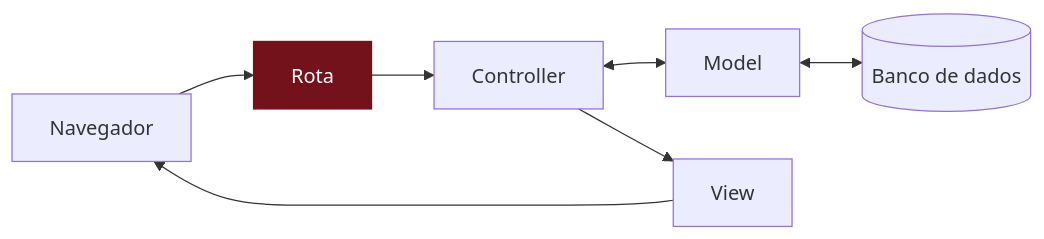
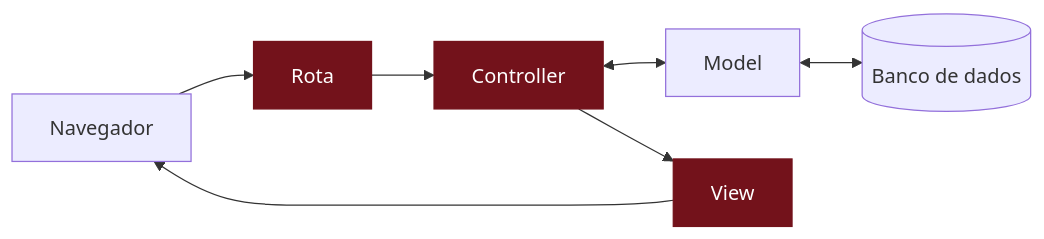
One commit to RailsGirls-SP/guia-railsgirls-sp changed the diagram in projetos/mural-de-recados/05-corrigir-ou-apagar/o-que-aconteceu.md. Above: the diagram before and after it, drawn with Mermaid. The commit also changed other lines of this file and 8 other files, not shown here.

````diff
--- a/projetos/mural-de-recados/05-corrigir-ou-apagar/o-que-aconteceu.md
+++ b/projetos/mural-de-recados/05-corrigir-ou-apagar/o-que-aconteceu.md
@@ -17,10 +36,10 @@
 ```mermaid
 flowchart LR
   Navegador --> Rota --> Controller
   Controller <--> Model
   Model <--> Banco[(Banco de dados)]
   Controller --> View --> Navegador
 
   classDef aqui fill:#73121b,stroke:#73121b,color:#fff
-  class Rota aqui
+  class Rota,Controller,View aqui
 ```
````
